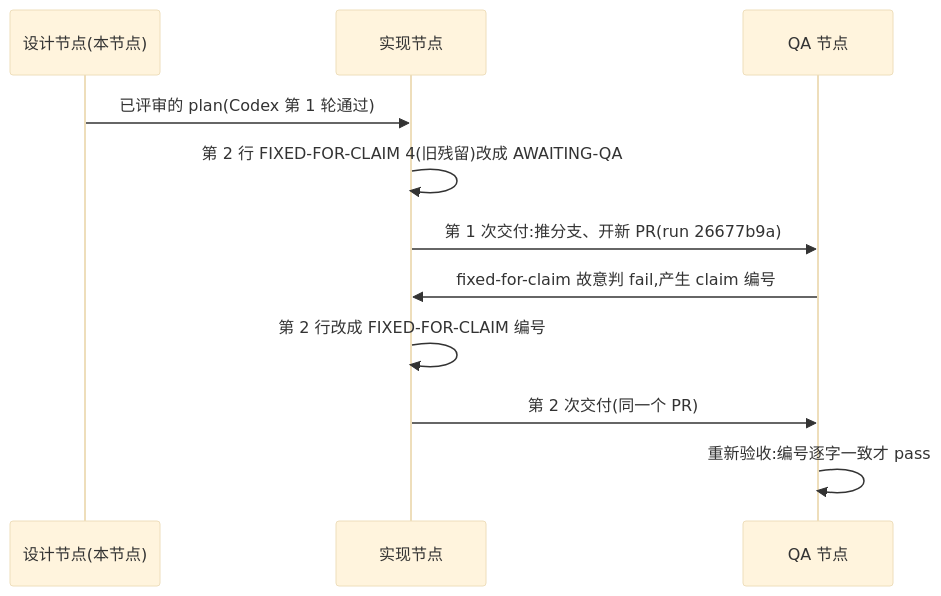
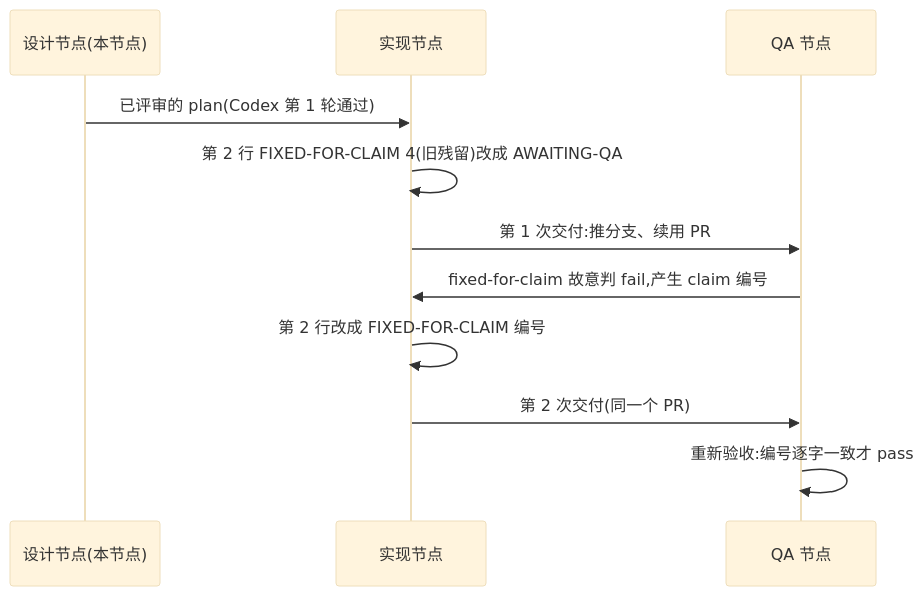
Before and after one commit to xrliAnnie/flywheel-qa-sandbox: the diagram in engineering/doc/FLY-3226-real-runner-drill/d1-core-flow.mmd, drawn with Mermaid (base theme). The commit also changed 4 other files, not shown here.

```diff
--- a/engineering/doc/FLY-3226-real-runner-drill/d1-core-flow.mmd
+++ b/engineering/doc/FLY-3226-real-runner-drill/d1-core-flow.mmd
@@ -1,11 +1,11 @@
 sequenceDiagram
     participant D as 设计节点(本节点)
     participant I as 实现节点
     participant Q as QA 节点
     D->>I: 已评审的 plan(Codex 第 1 轮通过)
     I->>I: 第 2 行 FIXED-FOR-CLAIM 4(旧残留)改成 AWAITING-QA
-    I->>Q: 第 1 次交付:推分支、开新 PR(run 26677b9a)
+    I->>Q: 第 1 次交付:推分支、续用 PR #619(run 73d4b360)
     Q->>I: fixed-for-claim 故意判 fail,产生 claim 编号
     I->>I: 第 2 行改成 FIXED-FOR-CLAIM 编号
     I->>Q: 第 2 次交付(同一个 PR)
     Q->>Q: 重新验收:编号逐字一致才 pass
```
